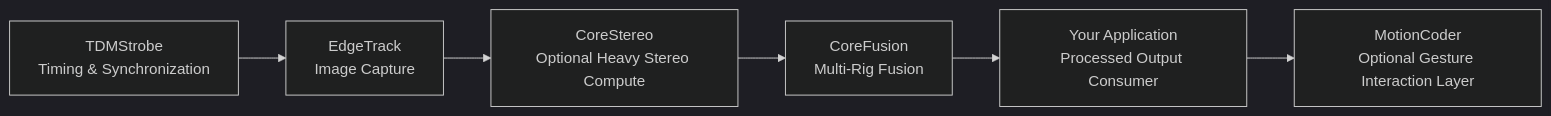
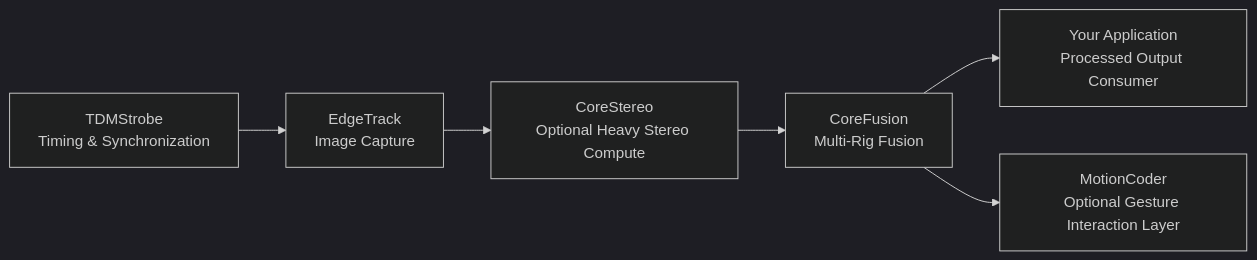
Before and after one commit to edgetrackorg/overview: the diagram in README.md, drawn with Mermaid (dark theme).

````diff
--- a/README.md
+++ b/README.md
@@ -46,15 +46,15 @@
 ```mermaid
 flowchart LR
     A[TDMStrobe<br/>Timing & Synchronization]
     B[EdgeTrack<br/>Image Capture]
     C[CoreStereo<br/>Optional Heavy Stereo Compute]
     D[CoreFusion<br/>Multi-Rig Fusion]
     E[Your Application<br/>Processed Output Consumer]
     F[MotionCoder<br/>Optional Gesture Interaction Layer]
 
     A --> B
     B --> C
     C --> D
     D --> E
-    E --> F
+    D --> F
 ```
````
